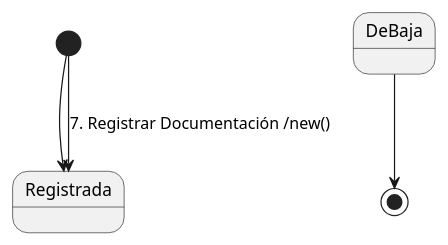
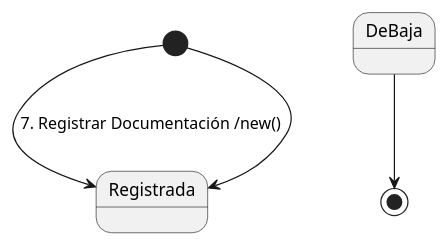
The fifth of 6 diagrams in .agent/skills/puml-state-machine/SKILL.md (sydgibbon/PPAI_2026_G_12), drawn with PlantUML before and after one commit. The commit also changed other lines of this file and 1 other file, not shown here.

````diff
--- a/.agent/skills/puml-state-machine/SKILL.md
+++ b/.agent/skills/puml-state-machine/SKILL.md
@@ -114,8 +115,8 @@
 ```plantuml
-' ✅ Correct
-[*] --> Registrada
+' ✅ Correct — creation is an action backed by a UC
+[*] --> Registrada : 7. Registrar Documentación /new()
 DeBaja --> [*]
 
-' ❌ Incorrect
-[*] --> Registrada : 7. Registrar Documentación /new()
+' ❌ Incorrect — bare initial arrow loses traceability
+[*] --> Registrada
 ```
````
